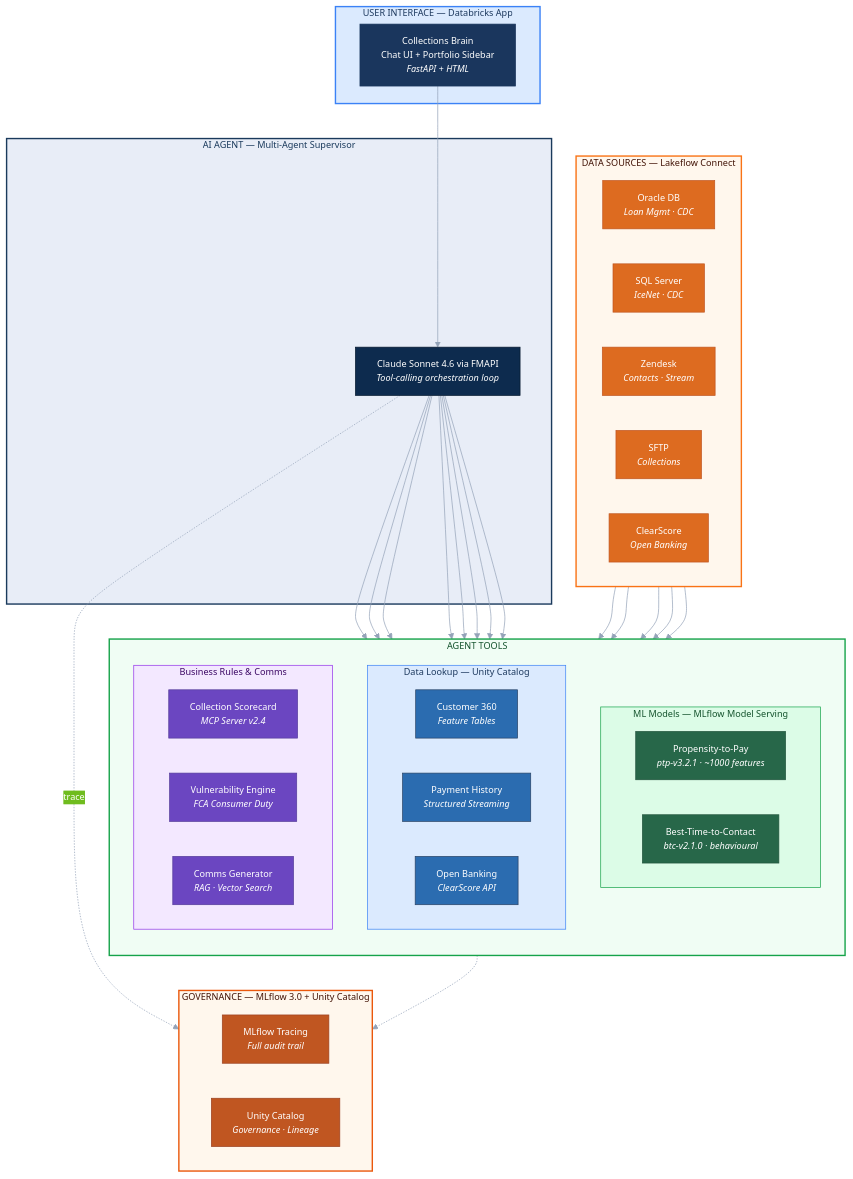
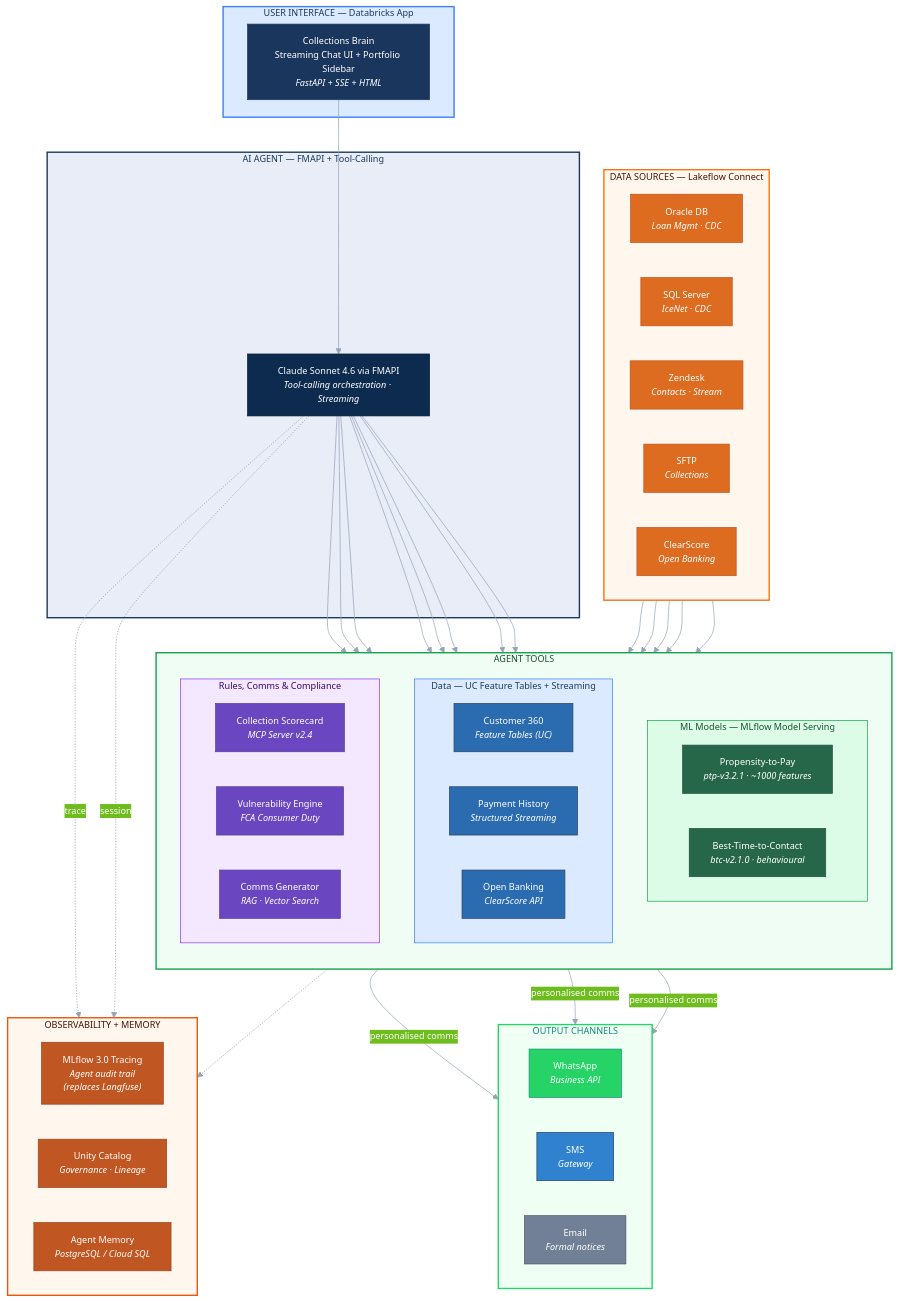
One commit to tingtingwan/oakbrook-collections-brain changed the diagram in docs/oakbrook_architecture.mmd. Above: the diagram before and after it, drawn with Mermaid. The commit also changed 2 other files, not shown here.

Commit message:
Update architecture diagram and README for latest design
Architecture now includes:
- Output channels (WhatsApp/SMS/Email)
- Agent memory (PostgreSQL/Cloud SQL)
- MLflow 3.0 replacing Langfuse
- Streaming SSE responses
- Real UC Feature Tables (not hardcoded)

README updated with:
- GCP europe-west2 availability matrix
- Complete file structure with all new modules
- UC table paths and data layer description
- 3-tab UI description (Agent Chat, Architecture, How to Build This)
- Production roadmap aligned with Oakbrook's stack

```diff
--- a/docs/oakbrook_architecture.mmd
+++ b/docs/oakbrook_architecture.mmd
@@ -1,98 +1,113 @@
 %%{init: {
   "theme": "base",
   "themeVariables": {
     "primaryColor": "#1e6fbc",
     "primaryTextColor": "#ffffff",
     "primaryBorderColor": "#1557a0",
     "lineColor": "#94a3b8",
     "background": "#ffffff",
     "mainBkg": "#f8fafc",
     "clusterBkg": "#f8fafc",
     "fontFamily": "Segoe UI, Inter, Arial, sans-serif",
     "fontSize": "13px"
   }
 }}%%
 flowchart TB
 
     subgraph L1["USER INTERFACE — Databricks App"]
-        APP["Collections Brain<br/>Chat UI + Portfolio Sidebar<br/><i>FastAPI + HTML</i>"]
+        APP["Collections Brain<br/>Streaming Chat UI + Portfolio Sidebar<br/><i>FastAPI + SSE + HTML</i>"]
     end
 
-    subgraph L2["AI AGENT — Multi-Agent Supervisor"]
-        LLM["Claude Sonnet 4.6 via FMAPI<br/><i>Tool-calling orchestration loop</i>"]
+    subgraph L2["AI AGENT — FMAPI + Tool-Calling"]
+        LLM["Claude Sonnet 4.6 via FMAPI<br/><i>Tool-calling orchestration · Streaming</i>"]
     end
 
     subgraph L3["AGENT TOOLS"]
         direction TB
         subgraph ML["ML Models — MLflow Model Serving"]
             direction LR
             PTP["Propensity-to-Pay<br/><i>ptp-v3.2.1 · ~1000 features</i>"]
             BTC["Best-Time-to-Contact<br/><i>btc-v2.1.0 · behavioural</i>"]
         end
-        subgraph DL["Data Lookup — Unity Catalog"]
+        subgraph DL["Data — UC Feature Tables + Streaming"]
             direction LR
-            C360["Customer 360<br/><i>Feature Tables</i>"]
+            C360["Customer 360<br/><i>Feature Tables (UC)</i>"]
             PAY["Payment History<br/><i>Structured Streaming</i>"]
             OB["Open Banking<br/><i>ClearScore API</i>"]
         end
-        subgraph BR["Business Rules & Comms"]
+        subgraph BR["Rules, Comms & Compliance"]
             direction LR
             SC["Collection Scorecard<br/><i>MCP Server v2.4</i>"]
             VUL["Vulnerability Engine<br/><i>FCA Consumer Duty</i>"]
             RAG["Comms Generator<br/><i>RAG · Vector Search</i>"]
         end
     end
 
-    subgraph L4["GOVERNANCE — MLflow 3.0 + Unity Catalog"]
+    subgraph L4["OBSERVABILITY + MEMORY"]
         direction LR
-        MLF["MLflow Tracing<br/><i>Full audit trail</i>"]
+        MLF["MLflow 3.0 Tracing<br/><i>Agent audit trail<br/>(replaces Langfuse)</i>"]
         UC["Unity Catalog<br/><i>Governance · Lineage</i>"]
+        MEM["Agent Memory<br/><i>PostgreSQL / Cloud SQL</i>"]
     end
 
     subgraph L5["DATA SOURCES — Lakeflow Connect"]
         direction LR
         ORA["Oracle DB<br/><i>Loan Mgmt · CDC</i>"]
         ICE["SQL Server<br/><i>IceNet · CDC</i>"]
         ZEN["Zendesk<br/><i>Contacts · Stream</i>"]
         SFTP2["SFTP<br/><i>Collections</i>"]
         CS["ClearScore<br/><i>Open Banking</i>"]
     end
 
+    subgraph L6["OUTPUT CHANNELS"]
+        direction LR
+        WA["WhatsApp<br/><i>Business API</i>"]
+        SMS2["SMS<br/><i>Gateway</i>"]
+        EMAIL["Email<br/><i>Formal notices</i>"]
+    end
+
     APP --> LLM
     LLM --> PTP & BTC
     LLM --> C360 & PAY & OB
     LLM --> SC & VUL & RAG
     LLM -.->|"trace"| MLF
+    LLM -.->|"session"| MEM
     C360 -.-> UC
     ORA --> C360
     ICE --> C360
     ZEN --> PAY
     CS --> OB
     SFTP2 --> C360
+    RAG -->|"personalised comms"| WA & SMS2 & EMAIL
 
     style APP fill:#1a365d,stroke:#1a365d,color:#fff
     style LLM fill:#0d2b4e,stroke:#07192e,color:#fff
     style PTP fill:#276749,stroke:#22543d,color:#fff
     style BTC fill:#276749,stroke:#22543d,color:#fff
     style C360 fill:#2b6cb0,stroke:#2a4365,color:#fff
     style PAY fill:#2b6cb0,stroke:#2a4365,color:#fff
     style OB fill:#2b6cb0,stroke:#2a4365,color:#fff
     style SC fill:#6b46c1,stroke:#553c9a,color:#fff
     style VUL fill:#6b46c1,stroke:#553c9a,color:#fff
     style RAG fill:#6b46c1,stroke:#553c9a,color:#fff
     style MLF fill:#c05621,stroke:#9c4221,color:#fff
     style UC fill:#c05621,stroke:#9c4221,color:#fff
+    style MEM fill:#c05621,stroke:#9c4221,color:#fff
     style ORA fill:#dd6b20,stroke:#c05621,color:#fff
     style ICE fill:#dd6b20,stroke:#c05621,color:#fff
     style ZEN fill:#dd6b20,stroke:#c05621,color:#fff
     style SFTP2 fill:#dd6b20,stroke:#c05621,color:#fff
     style CS fill:#dd6b20,stroke:#c05621,color:#fff
+    style WA fill:#25d366,stroke:#128c7e,color:#fff
+    style SMS2 fill:#3182ce,stroke:#2a4365,color:#fff
+    style EMAIL fill:#718096,stroke:#4a5568,color:#fff
 
     style L1 fill:#dbeafe,stroke:#3b82f6,stroke-width:2px,color:#1e3a5f
     style L2 fill:#e8edf7,stroke:#1a3a5c,stroke-width:2px,color:#1a3a5c
     style L3 fill:#f0fdf4,stroke:#16a34a,stroke-width:2px,color:#14532d
     style ML fill:#dcfce7,stroke:#16a34a,stroke-width:1px,color:#14532d
     style DL fill:#dbeafe,stroke:#3b82f6,stroke-width:1px,color:#1e3a5f
     style BR fill:#f3e8ff,stroke:#9333ea,stroke-width:1px,color:#3b0764
     style L4 fill:#fff7ed,stroke:#ea580c,stroke-width:2px,color:#431407
     style L5 fill:#fff7ed,stroke:#f97316,stroke-width:2px,color:#431407
+    style L6 fill:#f0fff4,stroke:#25d366,stroke-width:2px,color:#128c7e
```
